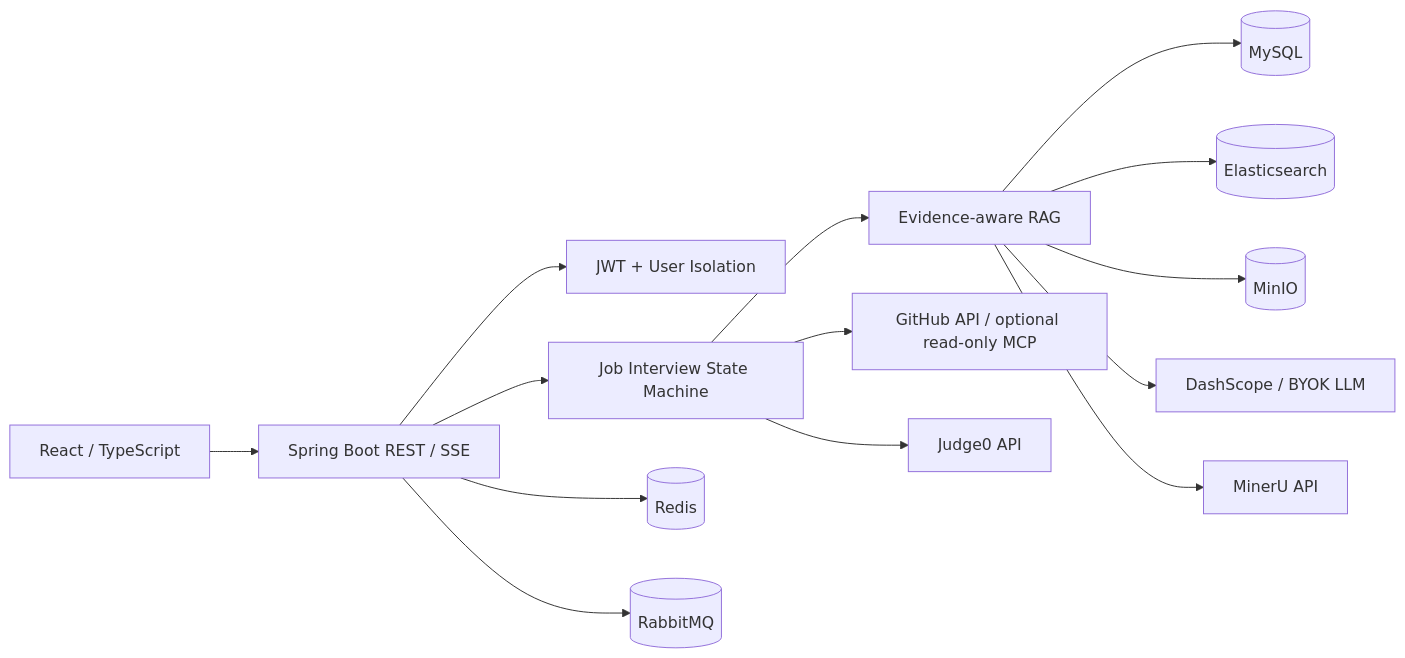
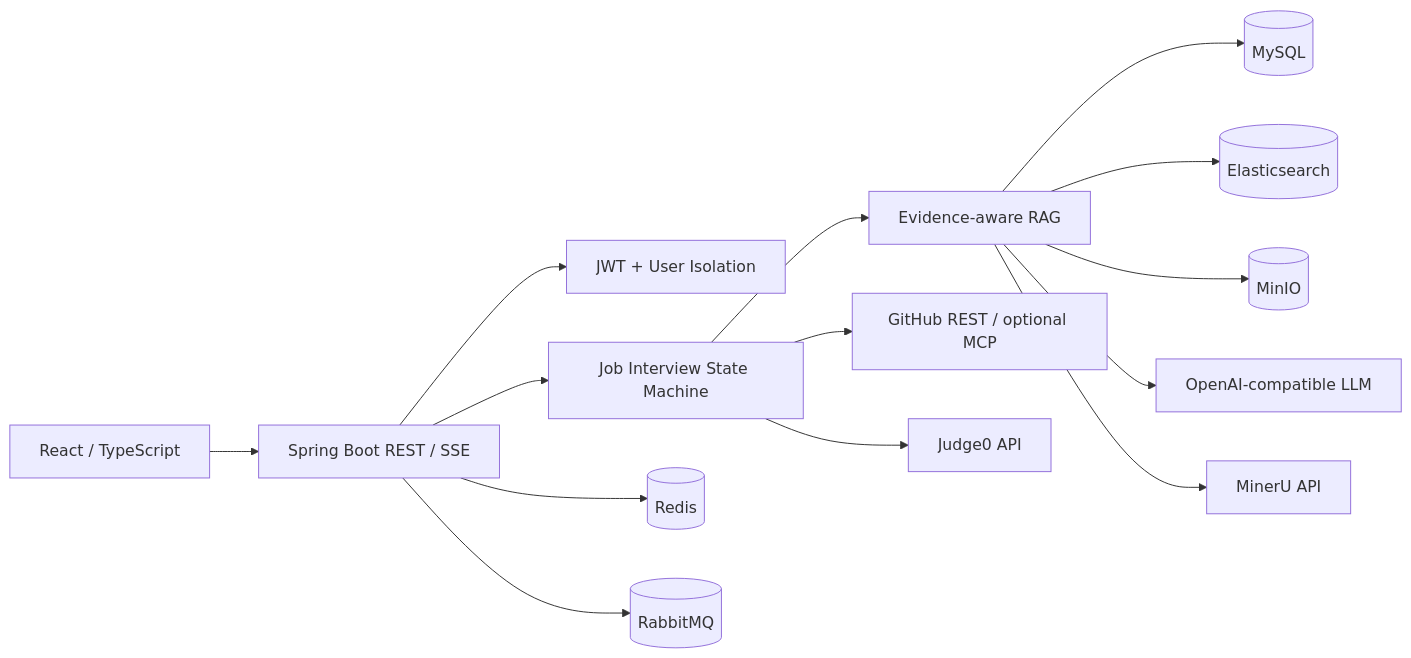
Before and after one commit to zhanglinrun/ai-interview: the diagram in README.md, drawn with Mermaid. The commit also changed other lines of this file and 40 other files, not shown here.

````diff
--- a/README.md
+++ b/README.md
@@ -92,16 +37,16 @@
 ```mermaid
 flowchart LR
   UI["React / TypeScript"] --> API["Spring Boot REST / SSE"]
   API --> Auth["JWT + User Isolation"]
   API --> Interview["Job Interview State Machine"]
   Interview --> RAG["Evidence-aware RAG"]
   RAG --> MySQL[(MySQL)]
   RAG --> ES[(Elasticsearch)]
   RAG --> MinIO[(MinIO)]
   API --> Redis[(Redis)]
   API --> MQ[(RabbitMQ)]
-  RAG --> Model["DashScope / BYOK LLM"]
+  RAG --> Model["OpenAI-compatible LLM"]
   RAG --> MinerU["MinerU API"]
-  Interview --> GitHub["GitHub API / optional read-only MCP"]
+  Interview --> GitHub["GitHub REST / optional MCP"]
   Interview --> Judge0["Judge0 API"]
 ```
````
